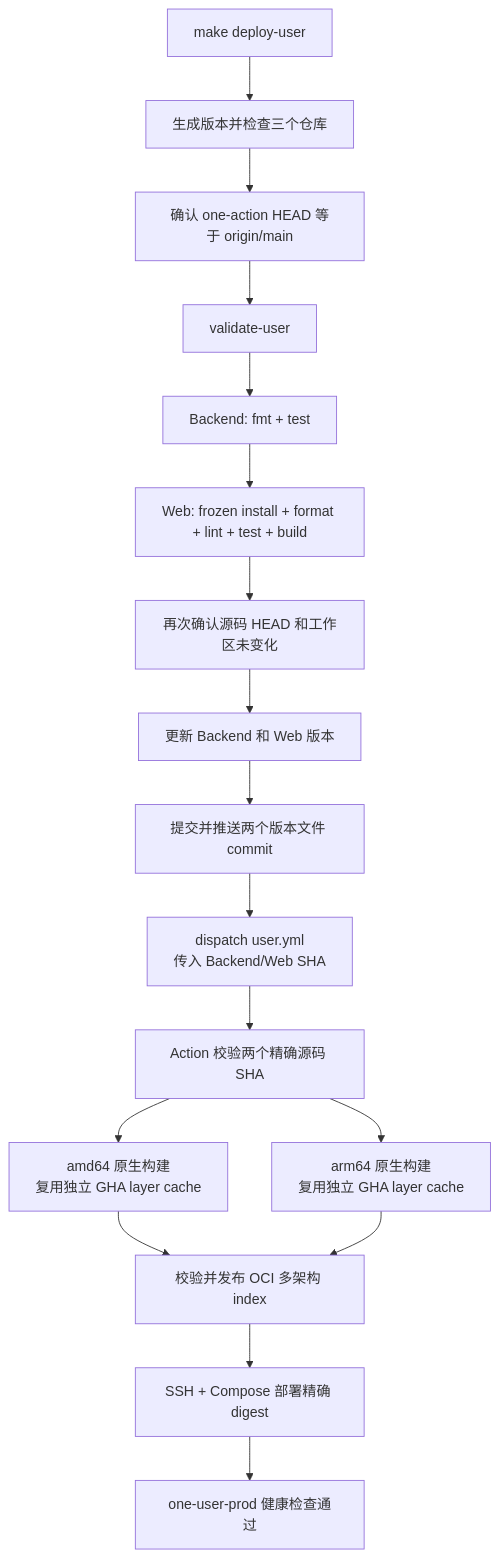
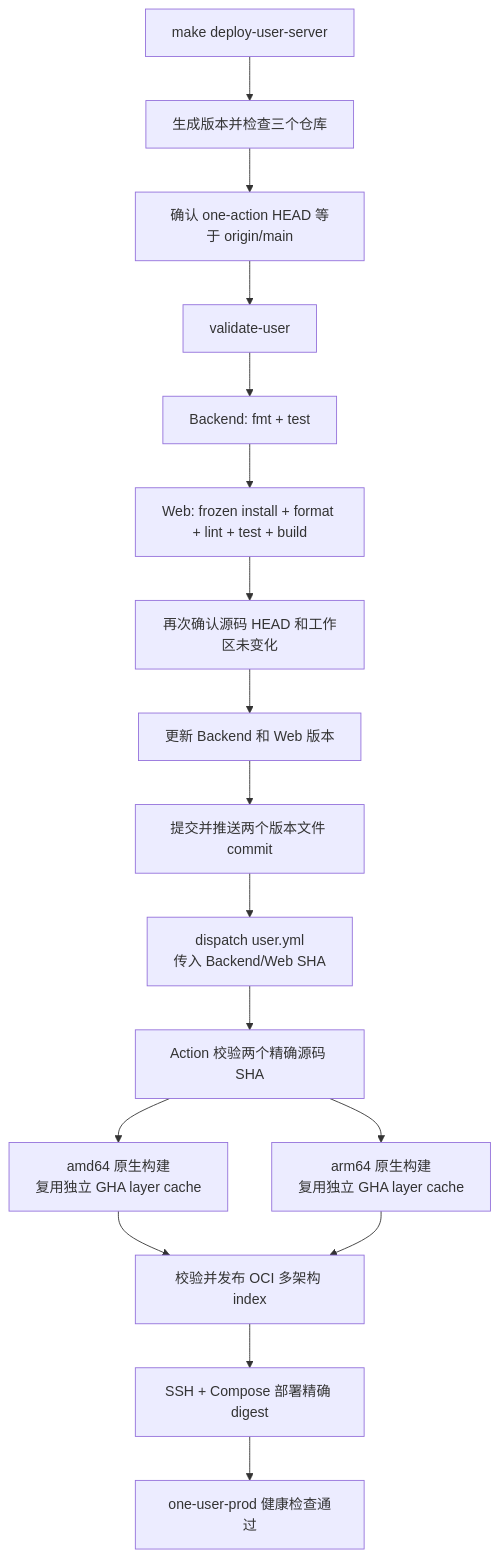
The diagram in README.md (voiceofhu/one-action), drawn with Mermaid before and after one commit. The commit also changed other lines of this file and 14 other files, not shown here.

````diff
--- a/README.md
+++ b/README.md
@@ -49,19 +50,19 @@
 ```mermaid
 flowchart TD
-    start[make deploy-user] --> plan[生成版本并检查三个仓库]
+    start[make deploy-user-server] --> plan[生成版本并检查三个仓库]
     plan --> action[确认 one-action HEAD 等于 origin/main]
     action --> contract[validate-user]
     contract --> backend[Backend: fmt + test]
     backend --> web[Web: frozen install + format + lint + test + build]
     web --> stable[再次确认源码 HEAD 和工作区未变化]
     stable --> version[更新 Backend 和 Web 版本]
     version --> source[提交并推送两个版本文件 commit]
     source --> control[dispatch user.yml<br/>传入 Backend/Web SHA]
     control --> resolve[Action 校验两个精确源码 SHA]
     resolve --> amd64[amd64 原生构建<br/>复用独立 GHA layer cache]
     resolve --> arm64[arm64 原生构建<br/>复用独立 GHA layer cache]
     amd64 --> index[校验并发布 OCI 多架构 index]
     arm64 --> index
     index --> deploy[SSH + Compose 部署精确 digest]
     deploy --> result[one-user-prod 健康检查通过]
 ```
````
